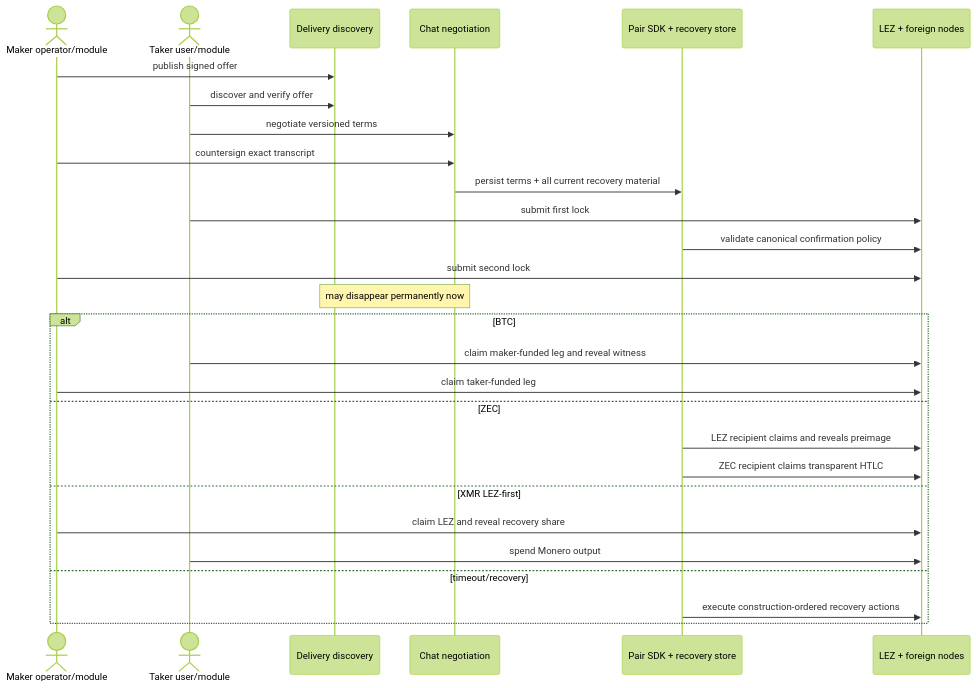
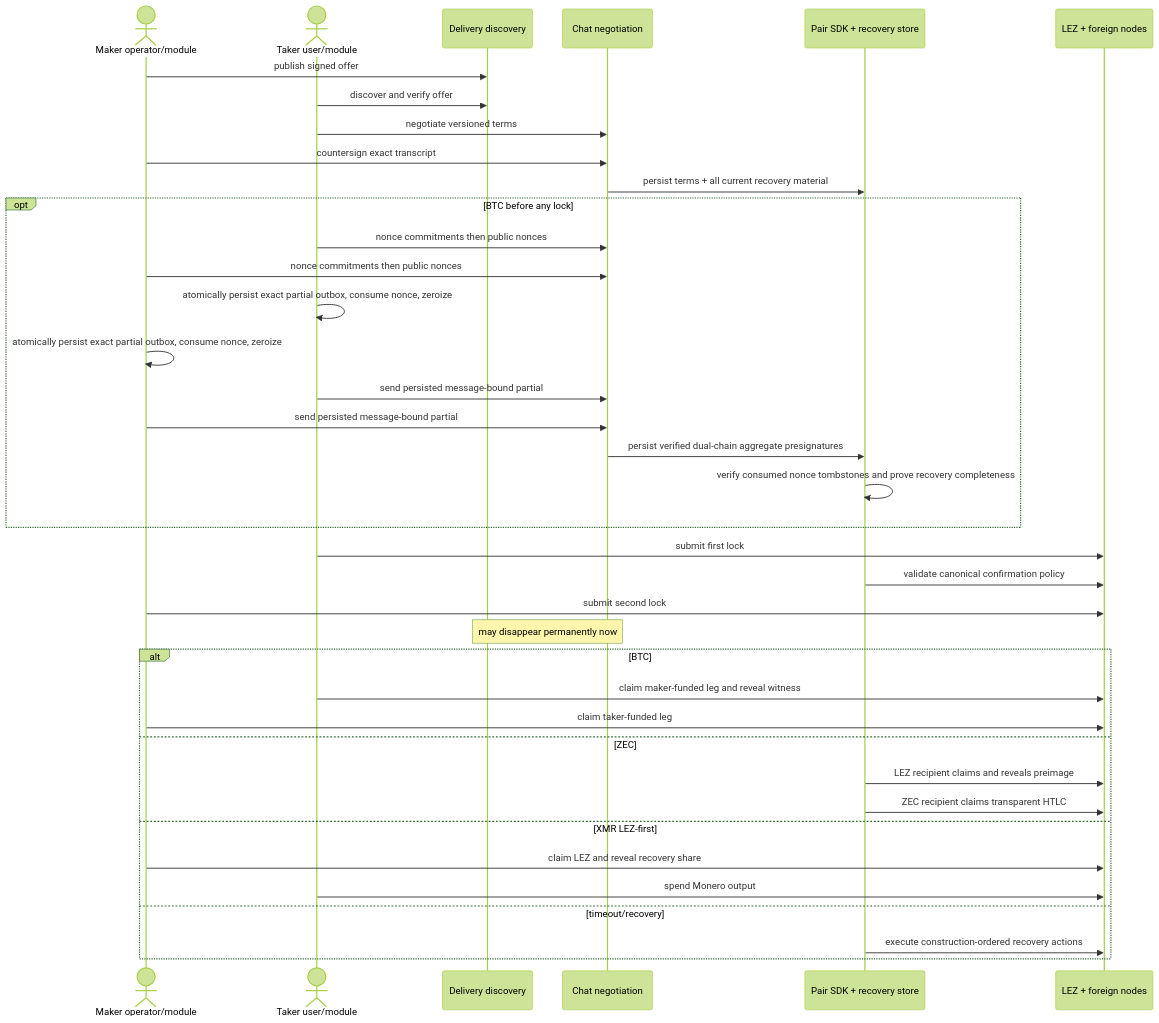
One commit to gateway-fm/lez-atomic-swaps changed the second of 2 diagrams in docs/milestone-1/sdk-trait-surface.md. Above: the diagram before and after it, drawn with Mermaid (forest theme). The commit also changed other lines of this file and 17 other files, not shown here.

````diff
--- a/docs/milestone-1/sdk-trait-surface.md
+++ b/docs/milestone-1/sdk-trait-surface.md
@@ -99,30 +99,40 @@
 ```mermaid
 sequenceDiagram
     actor Maker as Maker operator/module
     actor Taker as Taker user/module
     participant D as Delivery discovery
     participant C as Chat negotiation
     participant SDK as Pair SDK + recovery store
     participant Chains as LEZ + foreign nodes
     Maker->>D: publish signed offer
     Taker->>D: discover and verify offer
     Taker->>C: negotiate versioned terms
     Maker->>C: countersign exact transcript
     C->>SDK: persist terms + all current recovery material
+    opt BTC before any lock
+        Taker->>C: nonce commitments then public nonces
+        Maker->>C: nonce commitments then public nonces
+        Taker->>Taker: atomically persist exact partial outbox, consume nonce, zeroize
+        Maker->>Maker: atomically persist exact partial outbox, consume nonce, zeroize
+        Taker->>C: send persisted message-bound partial
+        Maker->>C: send persisted message-bound partial
+        C->>SDK: persist verified dual-chain aggregate presignatures
+        SDK->>SDK: verify consumed nonce tombstones and prove recovery completeness
+    end
     Taker->>Chains: submit first lock
     SDK->>Chains: validate canonical confirmation policy
     Maker->>Chains: submit second lock
     Note over D,C: may disappear permanently now
     alt BTC
         Taker->>Chains: claim maker-funded leg and reveal witness
         Maker->>Chains: claim taker-funded leg
     else ZEC
         SDK->>Chains: LEZ recipient claims and reveals preimage
         SDK->>Chains: ZEC recipient claims transparent HTLC
     else XMR LEZ-first
         Maker->>Chains: claim LEZ and reveal recovery share
         Taker->>Chains: spend Monero output
     else timeout/recovery
         SDK->>Chains: execute construction-ordered recovery actions
     end
 ```
````
